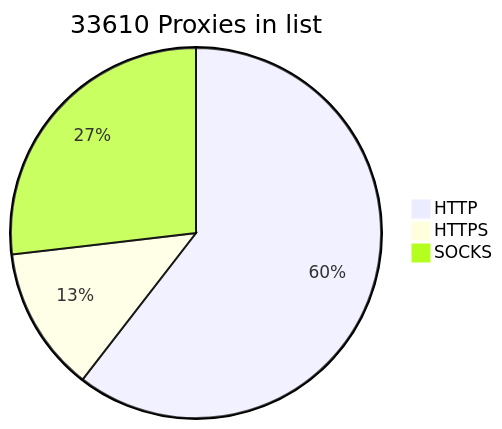
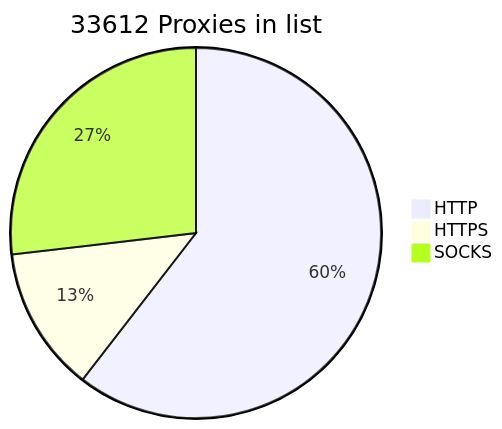
The diagram in README.md (BlackSnowDot/proxylist-update-every-minute), drawn with Mermaid before and after one commit.

````diff
--- a/README.md
+++ b/README.md
@@ -2,6 +2,6 @@
 ```mermaid
-pie title 33610 Proxies in list
+pie title 33612 Proxies in list
     "HTTP" : 22517
-    "HTTPS": 4717
+    "HTTPS": 4718
     "SOCKS" : 9996
 ```
````
